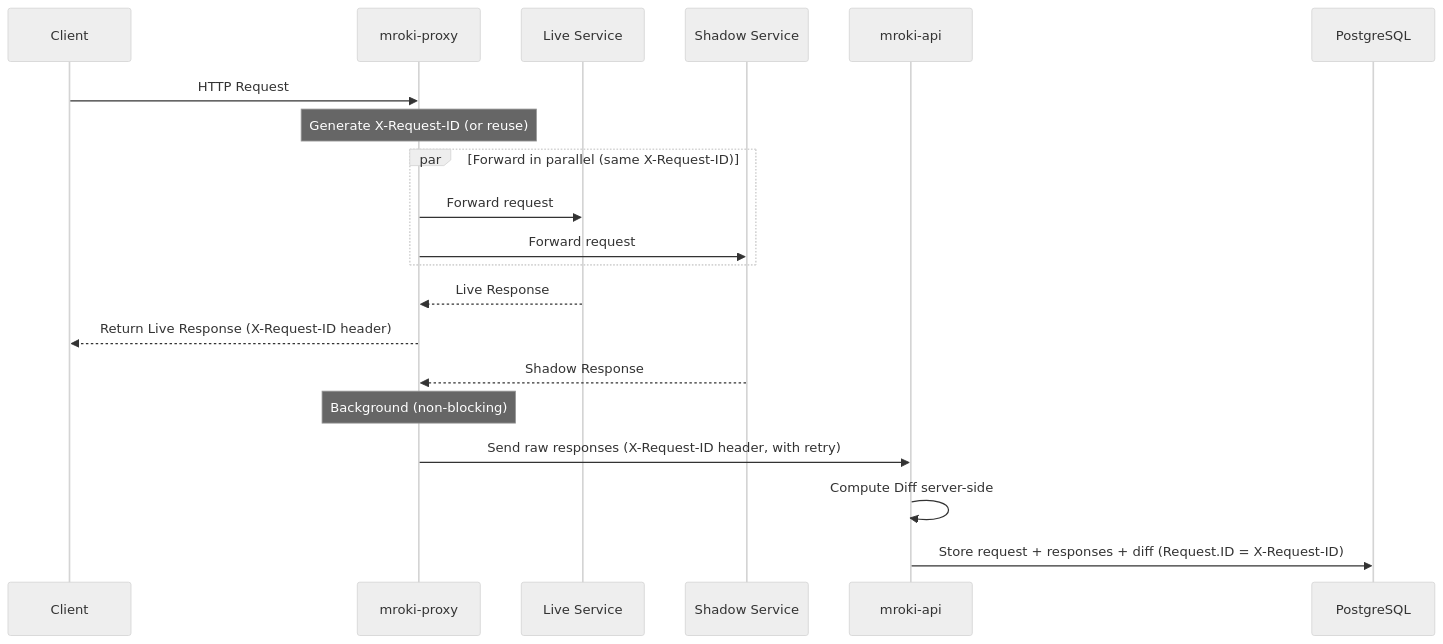
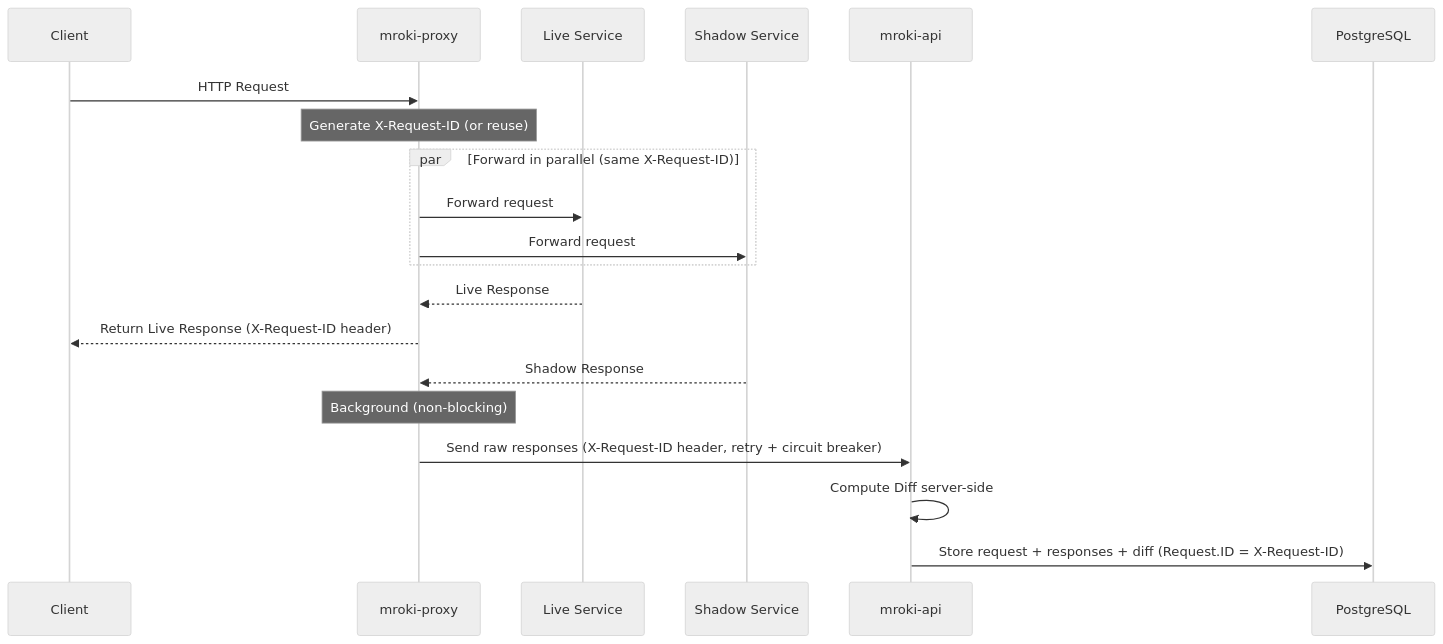
One commit to pedrobarco/mroki changed the second of 5 diagrams in docs/architecture/OVERVIEW.md. Above: the diagram before and after it, drawn with Mermaid (neutral theme). The commit also changed other lines of this file and 16 other files, not shown here.

First line of the commit message:
feat(proxy): resilient HTTP client with retry + circuit breaker

````diff
--- a/docs/architecture/OVERVIEW.md
+++ b/docs/architecture/OVERVIEW.md
@@ -115,23 +115,23 @@
 ```mermaid
 sequenceDiagram
     participant C as Client
     participant P as mroki-proxy
     participant L as Live Service
     participant S as Shadow Service
     participant API as mroki-api
     participant DB as PostgreSQL
 
     C->>P: HTTP Request
     Note over P: Generate X-Request-ID (or reuse)
     par Forward in parallel (same X-Request-ID)
         P->>L: Forward request
         P->>S: Forward request
     end
     L-->>P: Live Response
     P-->>C: Return Live Response (X-Request-ID header)
     S-->>P: Shadow Response
     Note over P: Background (non-blocking)
-    P->>API: Send raw responses (X-Request-ID header, with retry)
+    P->>API: Send raw responses (X-Request-ID header, retry + circuit breaker)
     API->>API: Compute Diff server-side
     API->>DB: Store request + responses + diff (Request.ID = X-Request-ID)
 ```
````
